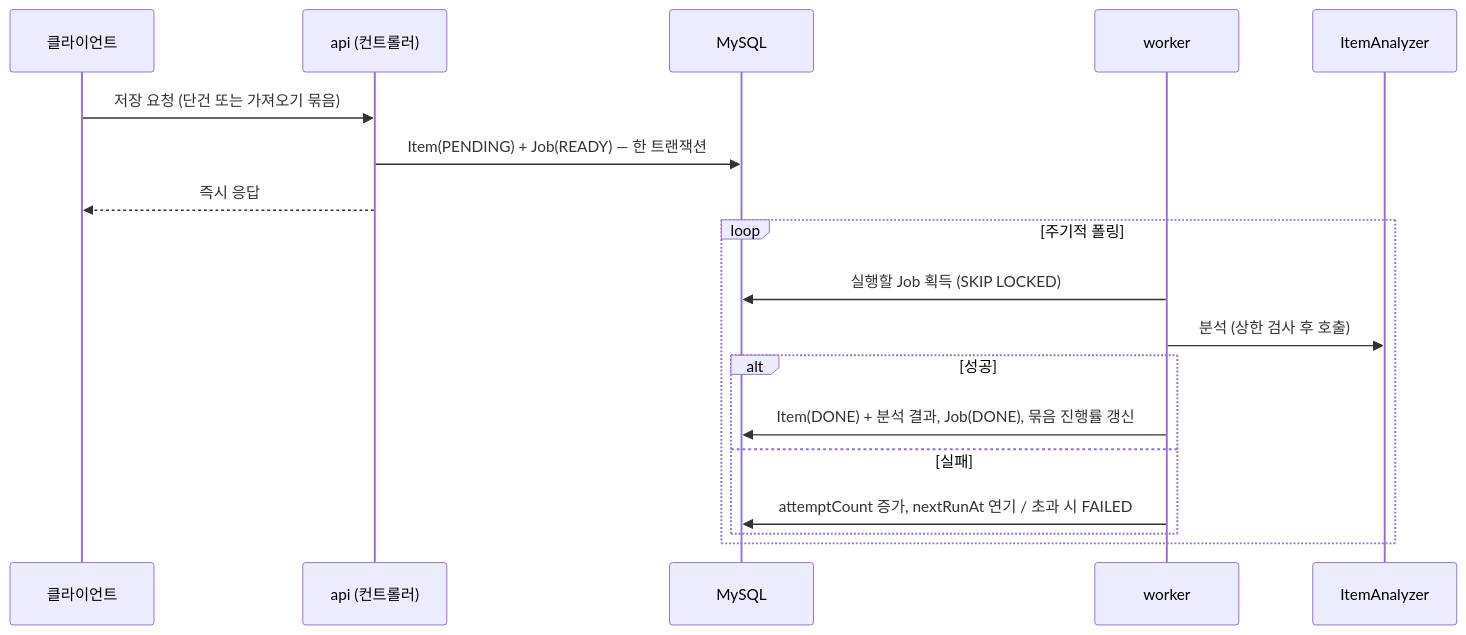
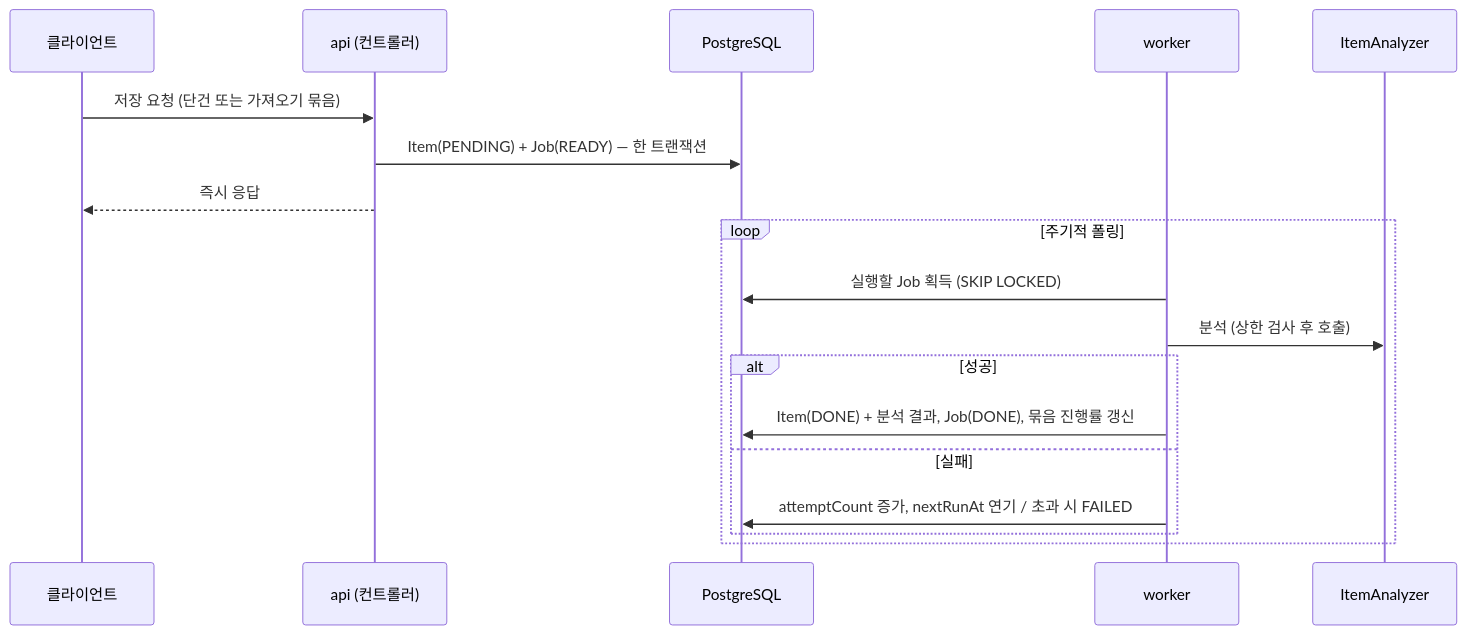
The second of 2 diagrams in docs/architecture.md (depromeet/19th-team1-server), drawn with Mermaid before and after one commit. The commit also changed other lines of this file and 15 other files, not shown here.

Commit message:
chore(infra): MySQL에서 PostgreSQL 16으로 전환 (#23)

````diff
--- a/docs/architecture.md
+++ b/docs/architecture.md
@@ -232,21 +232,21 @@
 ```mermaid
 sequenceDiagram
     participant C as 클라이언트
     participant A as api (컨트롤러)
-    participant DB as MySQL
+    participant DB as PostgreSQL
     participant W as worker
     participant L as ItemAnalyzer
 
     C->>A: 저장 요청 (단건 또는 가져오기 묶음)
     A->>DB: Item(PENDING) + Job(READY) — 한 트랜잭션
     A-->>C: 즉시 응답
     loop 주기적 폴링
         W->>DB: 실행할 Job 획득 (SKIP LOCKED)
         W->>L: 분석 (상한 검사 후 호출)
         alt 성공
             W->>DB: Item(DONE) + 분석 결과, Job(DONE), 묶음 진행률 갱신
         else 실패
             W->>DB: attemptCount 증가, nextRunAt 연기 / 초과 시 FAILED
         end
     end
 ```
````
